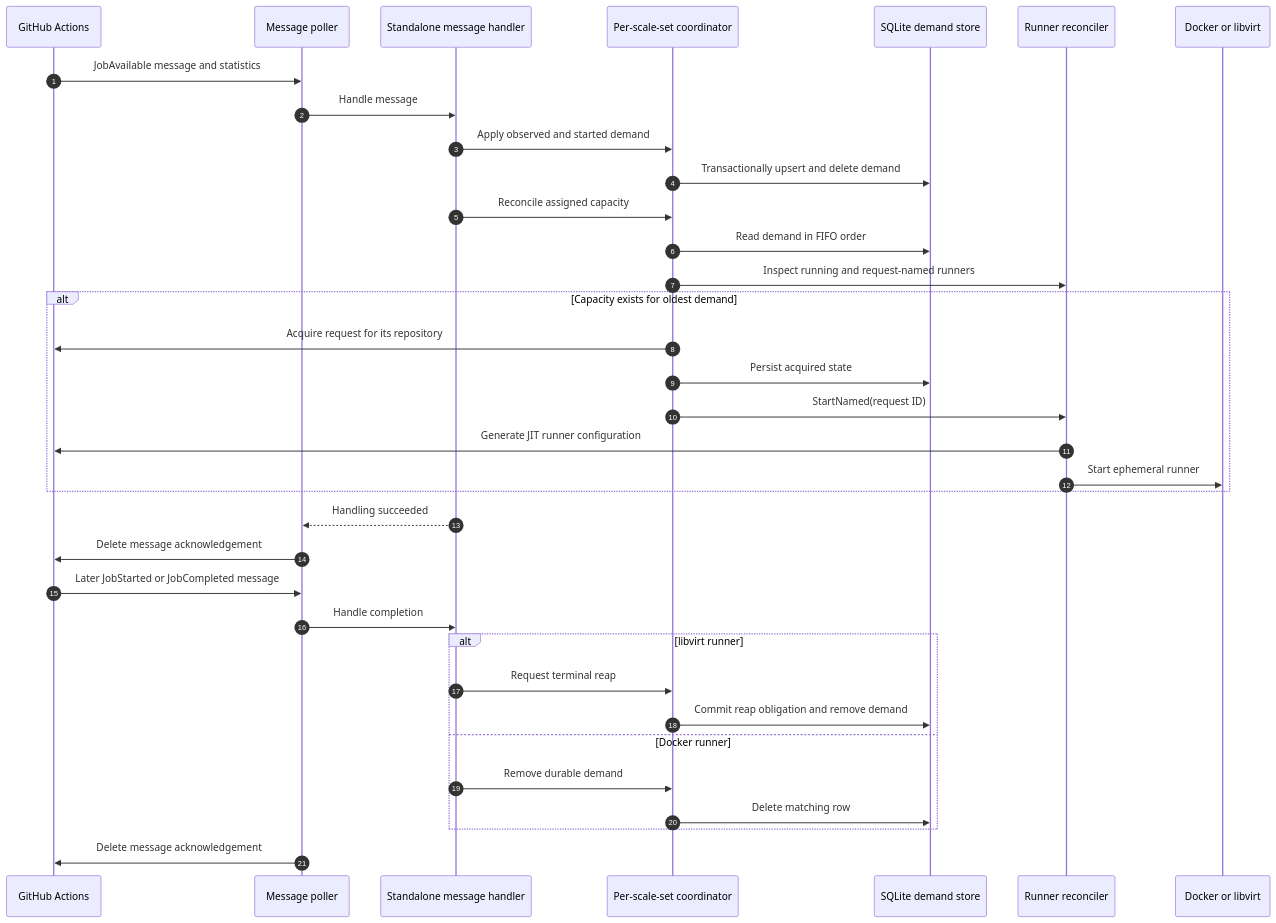
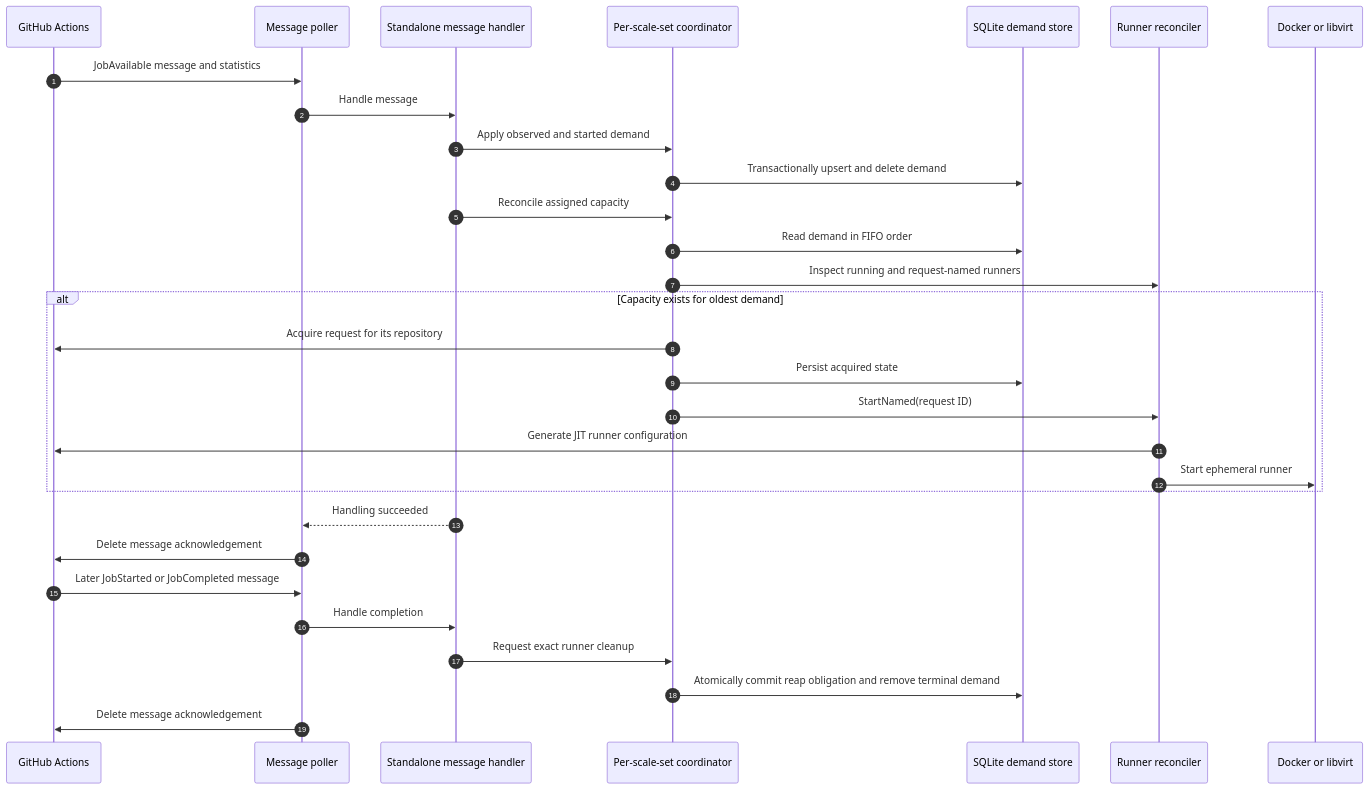
One commit to stateshifters/runnerfoundry changed the sixth of 13 diagrams in docs/architecture.md. Above: the diagram before and after it, drawn with Mermaid. The commit also changed other lines of this file and 42 other files, not shown here.

````diff
--- a/docs/architecture.md
+++ b/docs/architecture.md
@@ -222,38 +223,33 @@
 ```mermaid
 sequenceDiagram
     autonumber
     participant GH as GitHub Actions
     participant P as Message poller
     participant H as Standalone message handler
     participant C as Per-scale-set coordinator
     participant DB as SQLite demand store
     participant R as Runner reconciler
     participant X as Docker or libvirt
 
     GH->>P: JobAvailable message and statistics
     P->>H: Handle message
     H->>C: Apply observed and started demand
     C->>DB: Transactionally upsert and delete demand
     H->>C: Reconcile assigned capacity
     C->>DB: Read demand in FIFO order
     C->>R: Inspect running and request-named runners
     alt Capacity exists for oldest demand
         C->>GH: Acquire request for its repository
         C->>DB: Persist acquired state
         C->>R: StartNamed(request ID)
         R->>GH: Generate JIT runner configuration
         R->>X: Start ephemeral runner
     end
     H-->>P: Handling succeeded
     P->>GH: Delete message acknowledgement
     GH->>P: Later JobStarted or JobCompleted message
     P->>H: Handle completion
-    alt libvirt runner
-        H->>C: Request terminal reap
-        C->>DB: Commit reap obligation and remove demand
-    else Docker runner
-        H->>C: Remove durable demand
-        C->>DB: Delete matching row
-    end
+    H->>C: Request exact runner cleanup
+    C->>DB: Atomically commit reap obligation and remove terminal demand
     P->>GH: Delete message acknowledgement
 ```
````
